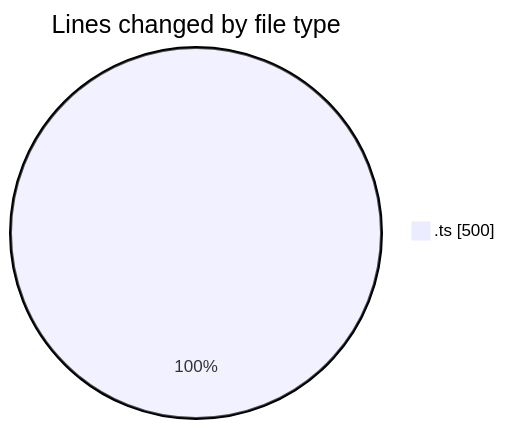
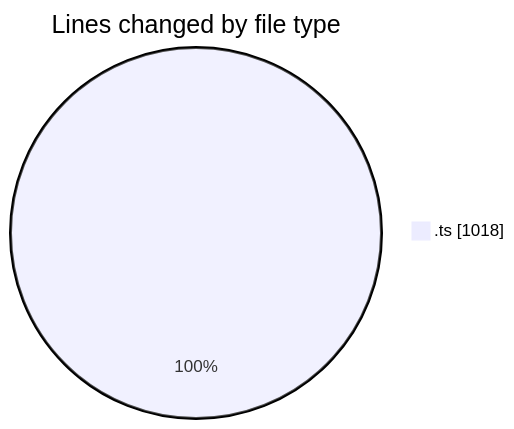
One commit to tmsrecording-cyber/code-tracking changed the first of 2 diagrams in 2026-02-08/singularitybrainai/README.md. Above: the diagram before and after it, drawn with Mermaid. The commit also changed other lines of this file and 1 other file, not shown here.

````diff
--- a/2026-02-08/singularitybrainai/README.md
+++ b/2026-02-08/singularitybrainai/README.md
@@ -20,5 +21,5 @@
 ```mermaid
 pie showData
 title Lines changed by file type
-".ts" : 500
+".ts" : 1018
 ```
````
